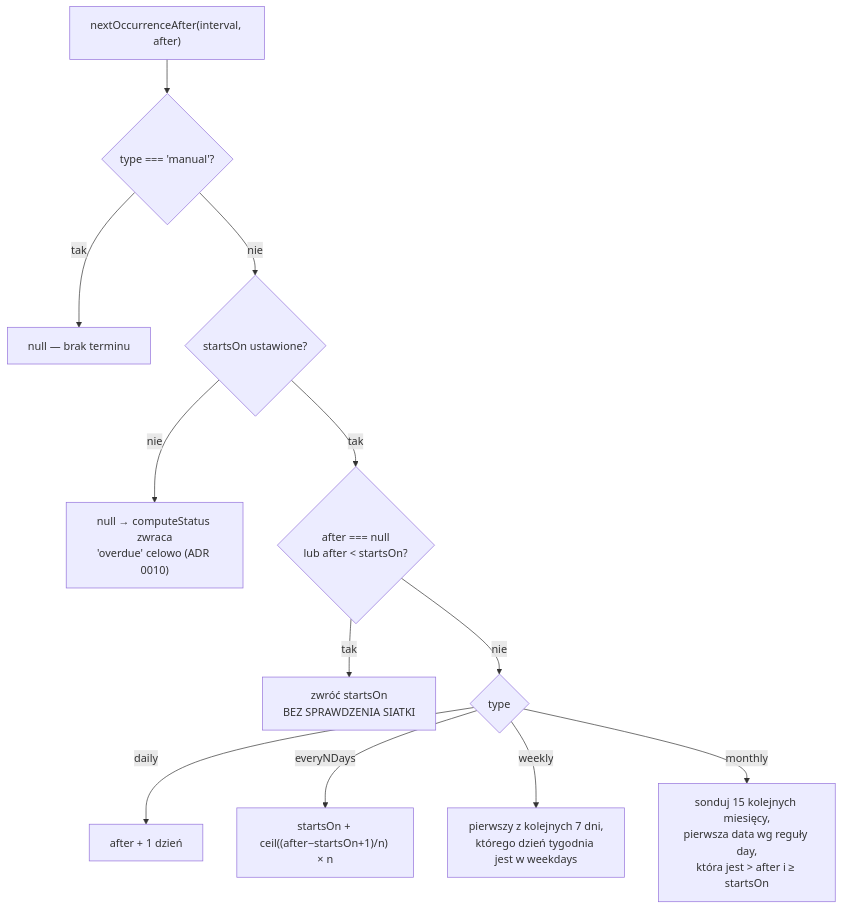
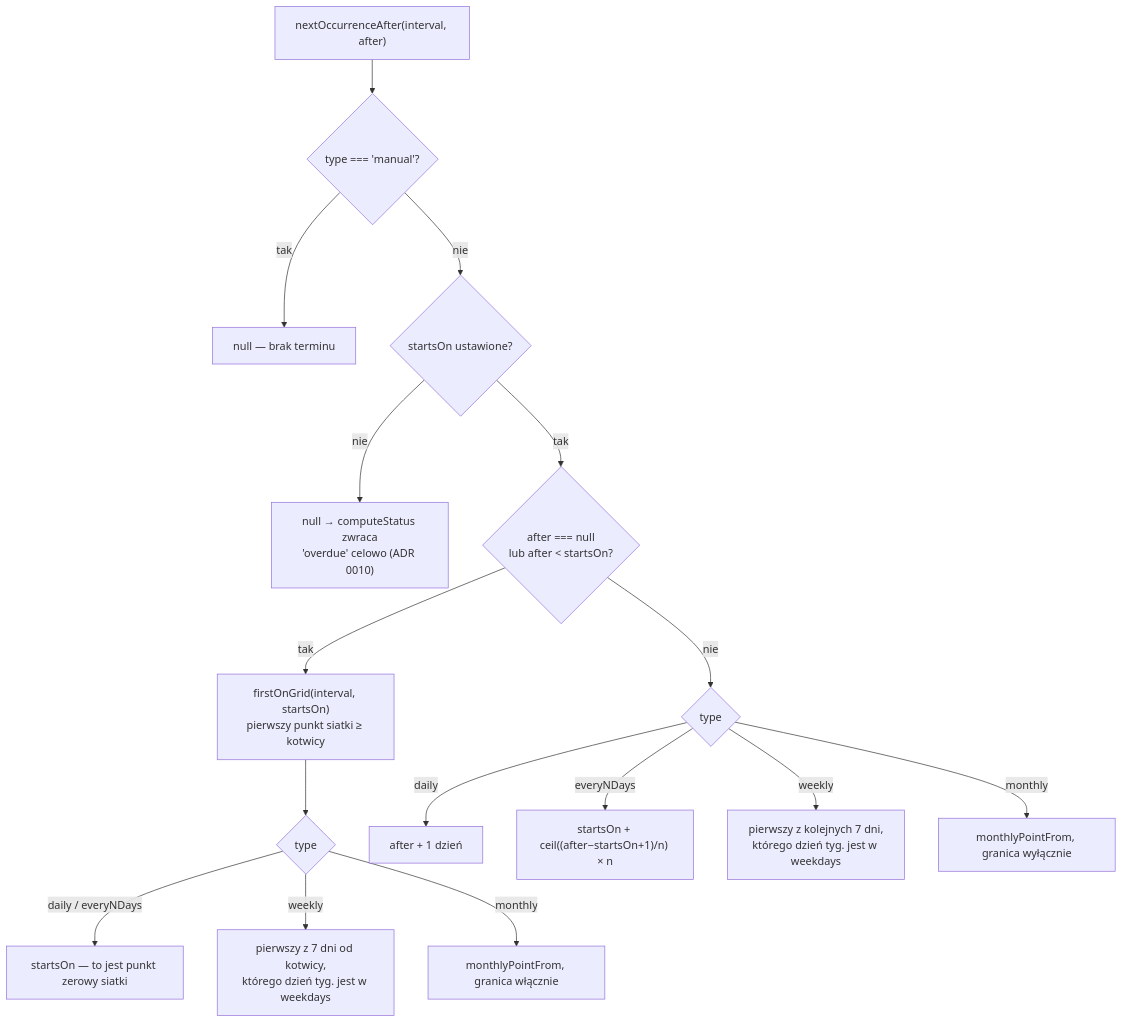
One commit to gustaw-beznicki/Home-dashboard changed the fourth of 7 diagrams in docs/rhythm-editor.md. Above: the diagram before and after it, drawn with Mermaid. The commit also changed other lines of this file and 1 other file, not shown here.

````diff
--- a/docs/rhythm-editor.md
+++ b/docs/rhythm-editor.md
@@ -120,16 +156,21 @@
 ```mermaid
 flowchart TD
     START["nextOccurrenceAfter(interval, after)"] --> M0{"type === 'manual'?"}
     M0 -->|tak| NULL1["null — brak terminu"]
     M0 -->|nie| A0{"startsOn ustawione?"}
     A0 -->|nie| NULL2["null → computeStatus zwraca<br/>'overdue' celowo (ADR 0010)"]
     A0 -->|tak| E0{"after === null<br/>lub after < startsOn?"}
 
-    E0 -->|tak| SNAP["zwróć startsOn<br/>BEZ SPRAWDZENIA SIATKI"]
+    E0 -->|tak| SNAP["firstOnGrid(interval, startsOn)<br/>pierwszy punkt siatki ≥ kotwicy"]
     E0 -->|nie| SW{"type"}
+
+    SNAP --> SG{"type"}
+    SG -->|"daily / everyNDays"| SG1["startsOn — to jest punkt zerowy siatki"]
+    SG -->|weekly| SG2["pierwszy z 7 dni od kotwicy,<br/>którego dzień tyg. jest w weekdays"]
+    SG -->|monthly| SG3["monthlyPointFrom, granica włącznie"]
 
     SW -->|daily| DD["after + 1 dzień"]
     SW -->|everyNDays| DN["startsOn + ceil((after−startsOn+1)/n) × n"]
-    SW -->|weekly| DW["pierwszy z kolejnych 7 dni,<br/>którego dzień tygodnia jest w weekdays"]
-    SW -->|monthly| DM["sonduj 15 kolejnych miesięcy,<br/>pierwsza data wg reguły day,<br/>która jest > after i ≥ startsOn"]
+    SW -->|weekly| DW["pierwszy z kolejnych 7 dni,<br/>którego dzień tyg. jest w weekdays"]
+    SW -->|monthly| DM["monthlyPointFrom, granica wyłącznie"]
 ```
````
